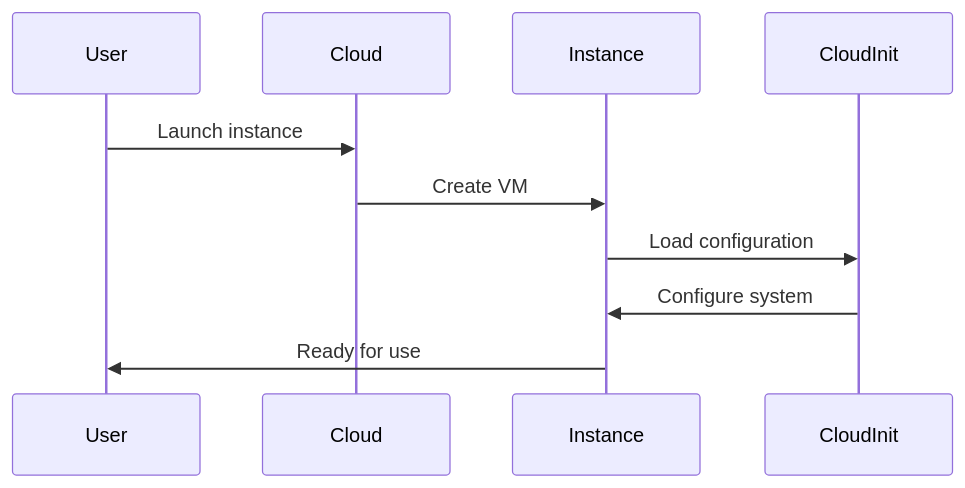
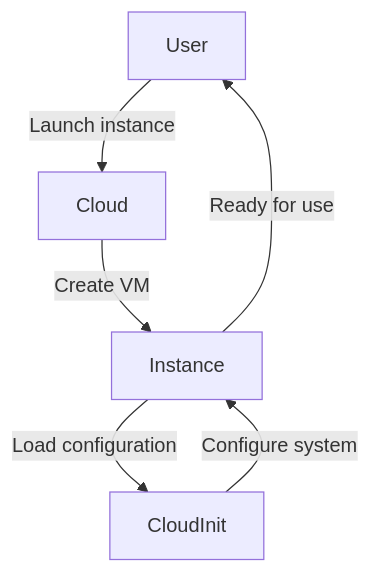
Before and after one commit to rbcmgs/cloud-init-library: the third of 3 diagrams in README.md, drawn with Mermaid.

Commit message:
Refactor sequence diagram in README.md to flowchart format for improved readability

````diff
--- a/README.md
+++ b/README.md
@@ -60,12 +60,8 @@
 ```mermaid
-sequenceDiagram
-  participant User
-  participant Cloud
-  participant Instance
-  participant CloudInit
-  User->>Cloud: Launch instance
-  Cloud->>Instance: Create VM
-  Instance->>CloudInit: Load configuration
-  CloudInit->>Instance: Configure system
-  Instance->>User: Ready for use
+flowchart TD
+  User[User] -->|Launch instance| Cloud[Cloud]
+  Cloud -->|Create VM| Instance[Instance]
+  Instance -->|Load configuration| CloudInit[CloudInit]
+  CloudInit -->|Configure system| Instance
+  Instance -->|Ready for use| User
 ```
````
